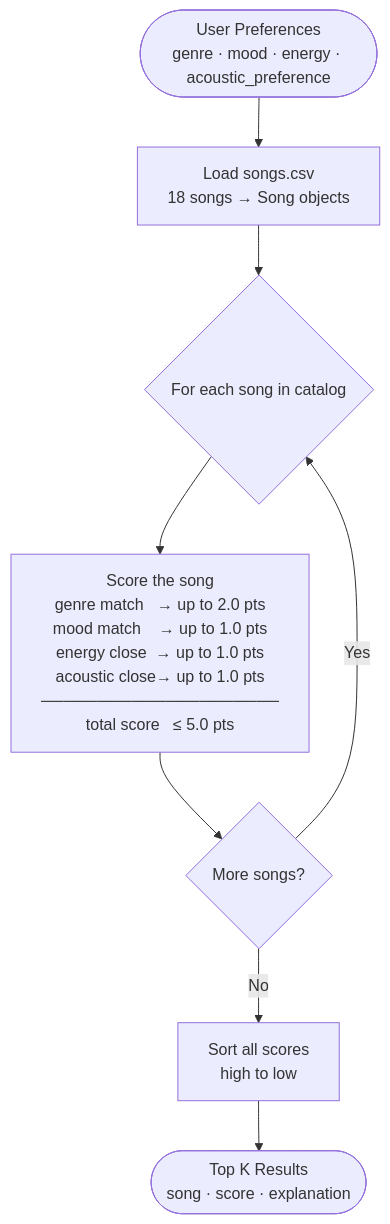
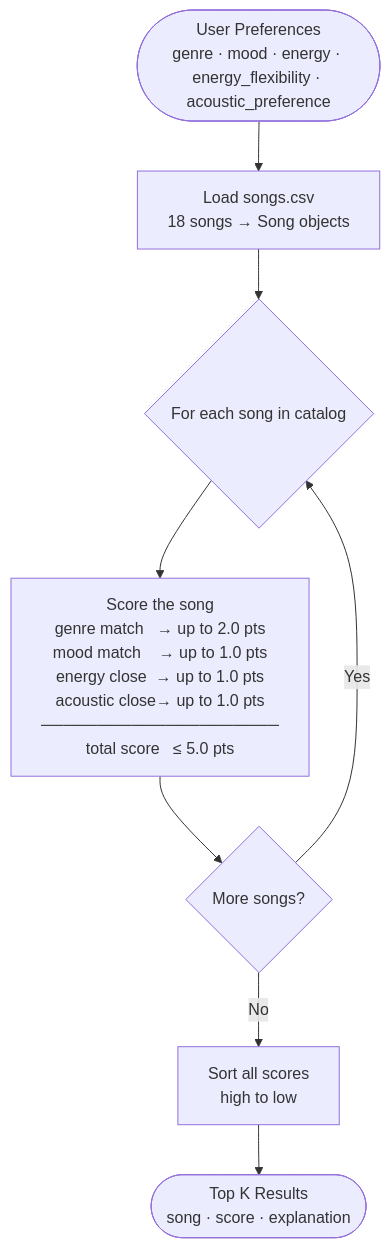
The diagram in model_card.md (serena42/music_recommender_simulation), drawn with Mermaid before and after one commit. The commit also changed other lines of this file and 3 other files, not shown here.

Commit message:
Implement Fix #3: add energy_flexibility and mark mitigation in model card

````diff
--- a/model_card.md
+++ b/model_card.md
@@ -42,18 +42,18 @@
 ```mermaid
 flowchart TD
-    A([User Preferences\ngenre · mood · energy · acoustic_preference]) --> B
+    A([User Preferences\ngenre · mood · energy · energy_flexibility · acoustic_preference]) --> B
 
     B[Load songs.csv\n18 songs → Song objects] --> C
 
     C{For each song in catalog} --> D
 
     D[Score the song\ngenre match   → up to 2.0 pts\nmood match    → up to 1.0 pts\nenergy close  → up to 1.0 pts\nacoustic close→ up to 1.0 pts\n─────────────────────\ntotal score   ≤ 5.0 pts] --> E
 
     E{More songs?}
     E -- Yes --> C
     E -- No  --> F
 
     F[Sort all scores\nhigh to low] --> G
 
     G([Top K Results\nsong · score · explanation])
 ```
````
